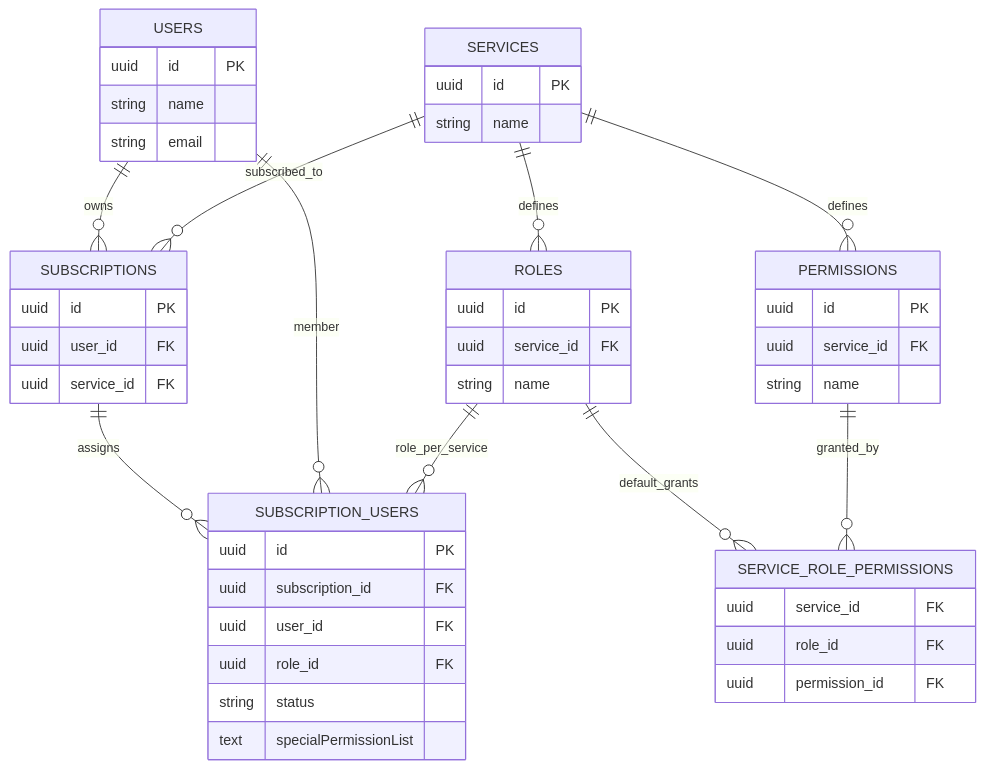
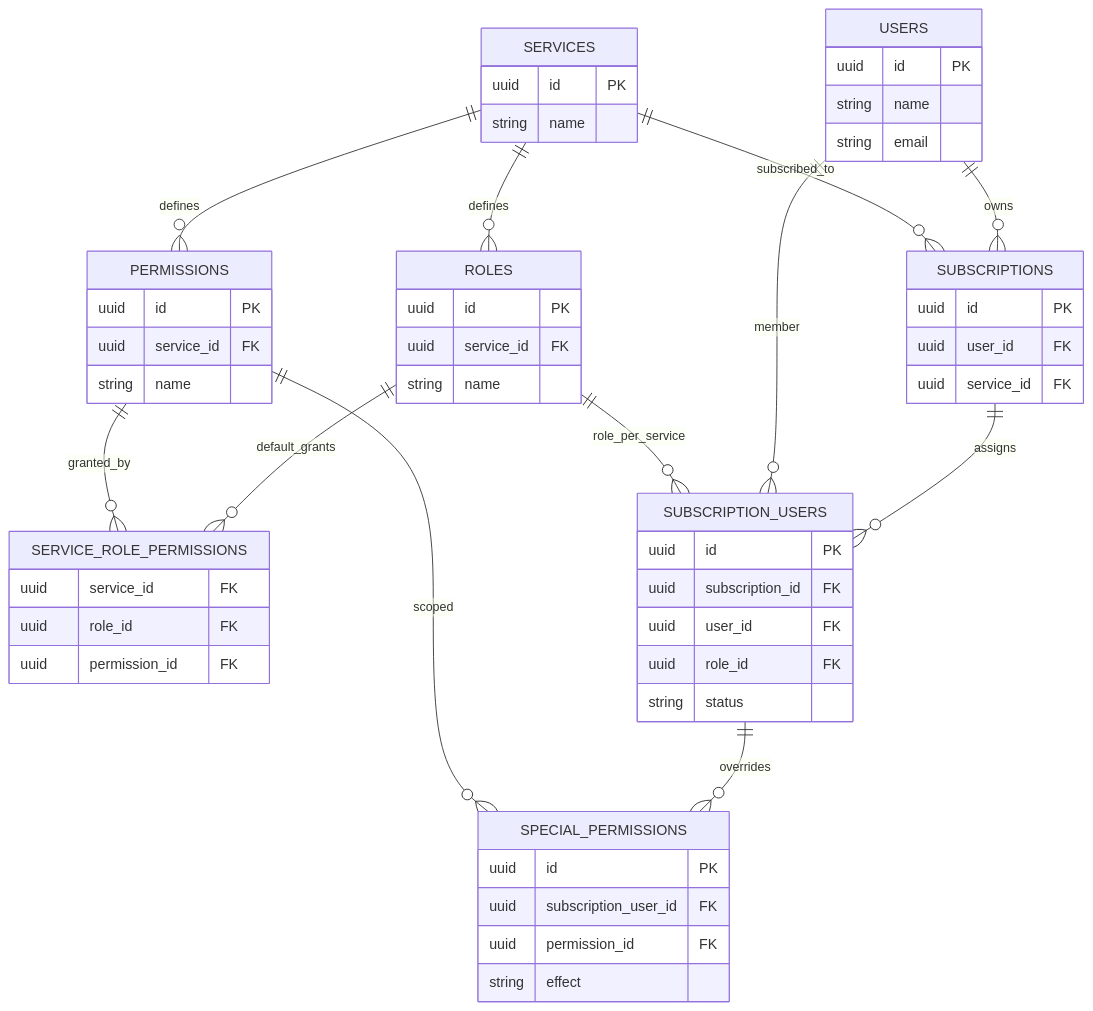
The second of 2 diagrams in docs/design/schema_design.md (krishnasPrat/usermanagement), drawn with Mermaid before and after one commit. The commit also changed other lines of this file and 15 other files, not shown here.

Commit message:
added manage special permission

````diff
--- a/docs/design/schema_design.md
+++ b/docs/design/schema_design.md
@@ -25,59 +26,68 @@
 ```mermaid
 erDiagram
   USERS {
     uuid id PK
     string name
     string email
   }
 
   SERVICES {
     uuid id PK
     string name
   }
 
   ROLES {
     uuid id PK
     uuid service_id FK
     string name
   }
 
   PERMISSIONS {
     uuid id PK
     uuid service_id FK
     string name
   }
 
   SERVICE_ROLE_PERMISSIONS {
     uuid service_id FK
     uuid role_id FK
     uuid permission_id FK
   }
 
   SUBSCRIPTIONS {
     uuid id PK
     uuid user_id FK
     uuid service_id FK
   }
 
   SUBSCRIPTION_USERS {
     uuid id PK
     uuid subscription_id FK
     uuid user_id FK
     uuid role_id FK
     string status
-    text specialPermissionList
+  }
+
+  SPECIAL_PERMISSIONS {
+    uuid id PK
+    uuid subscription_user_id FK
+    uuid permission_id FK
+    string effect
   }
 
   USERS ||--o{ SUBSCRIPTIONS : owns
   SERVICES ||--o{ SUBSCRIPTIONS : subscribed_to
 
   SERVICES ||--o{ ROLES : defines
   SERVICES ||--o{ PERMISSIONS : defines
 
   ROLES ||--o{ SERVICE_ROLE_PERMISSIONS : default_grants
   PERMISSIONS ||--o{ SERVICE_ROLE_PERMISSIONS : granted_by
 
   SUBSCRIPTIONS ||--o{ SUBSCRIPTION_USERS : assigns
   USERS ||--o{ SUBSCRIPTION_USERS : member
   ROLES ||--o{ SUBSCRIPTION_USERS : role_per_service
+
+  SUBSCRIPTION_USERS ||--o{ SPECIAL_PERMISSIONS : overrides
+  PERMISSIONS ||--o{ SPECIAL_PERMISSIONS : scoped
 ```
````
